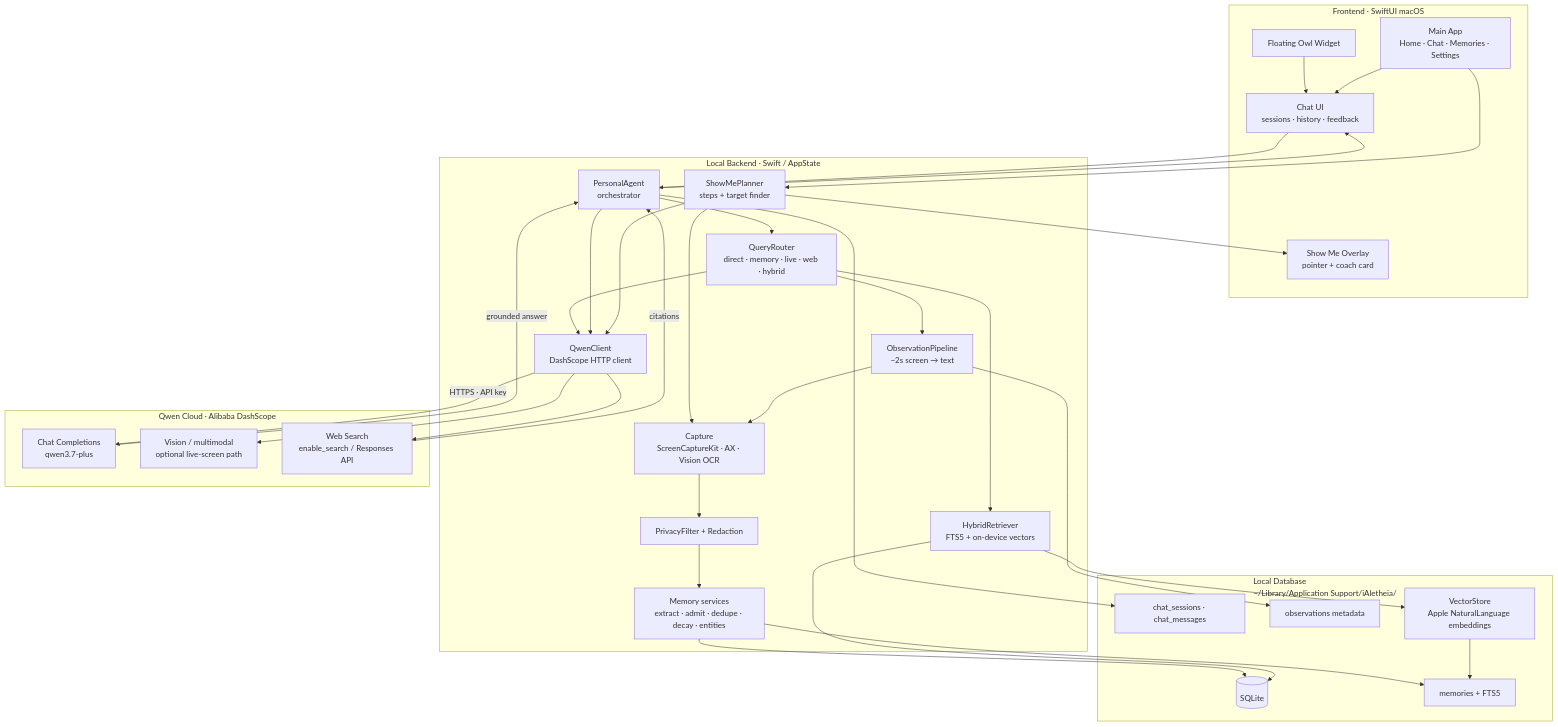
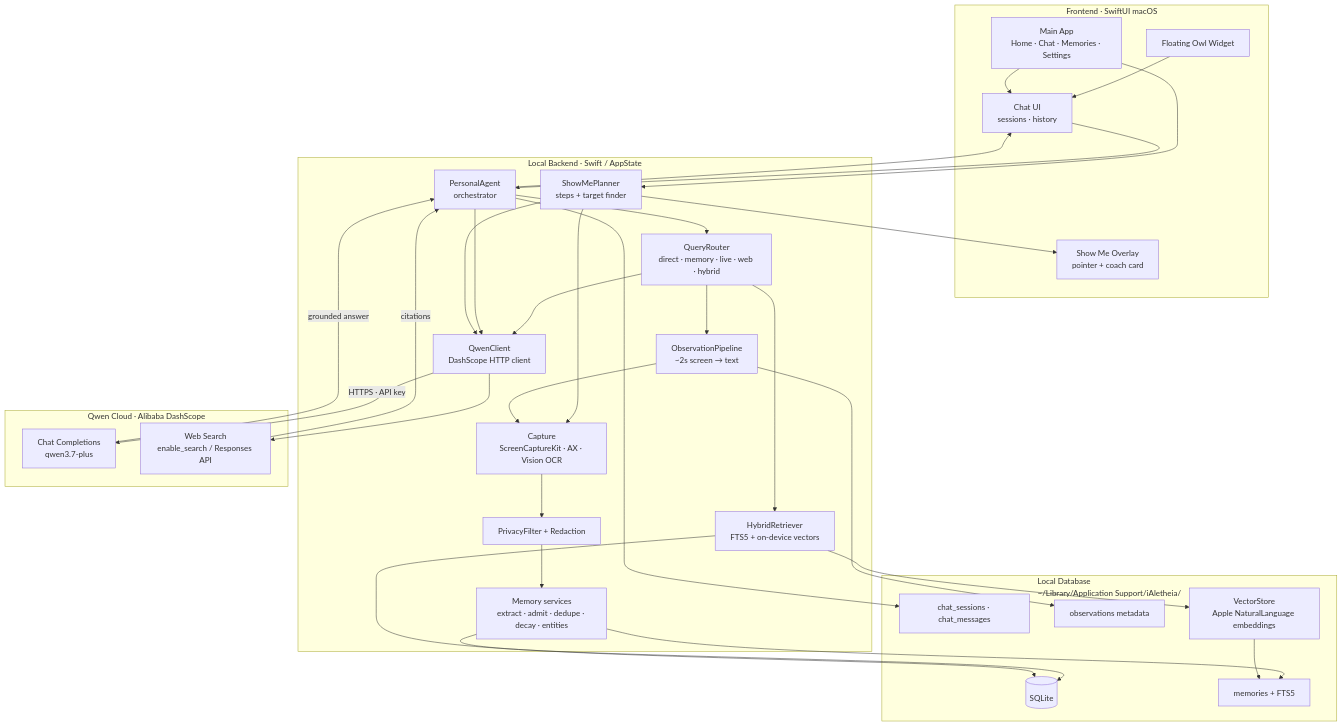
Before and after one commit to vnmrsharma/iAletheia: the diagram in README.md, drawn with Mermaid. The commit also changed other lines of this file and 2 other files, not shown here.

Commit message:
Fixed issue with on-screen pointing and added readme data for features

````diff
--- a/README.md
+++ b/README.md
@@ -50,68 +119,66 @@
 ```mermaid
 flowchart TB
     subgraph Frontend["Frontend · SwiftUI macOS"]
         Owl["Floating Owl Widget"]
         Main["Main App<br/>Home · Chat · Memories · Settings"]
         ShowMeUI["Show Me Overlay<br/>pointer + coach card"]
-        ChatUI["Chat UI<br/>sessions · history · feedback"]
+        ChatUI["Chat UI<br/>sessions · history"]
     end
 
     subgraph Backend["Local Backend · Swift / AppState"]
         Agent["PersonalAgent<br/>orchestrator"]
         Router["QueryRouter<br/>direct · memory · live · web · hybrid"]
         Observe["ObservationPipeline<br/>~2s screen → text"]
         Capture["Capture<br/>ScreenCaptureKit · AX · Vision OCR"]
         Privacy["PrivacyFilter + Redaction"]
         MemorySvc["Memory services<br/>extract · admit · dedupe · decay · entities"]
         Retrieve["HybridRetriever<br/>FTS5 + on-device vectors"]
         ShowMe["ShowMePlanner<br/>steps + target finder"]
         QwenClient["QwenClient<br/>DashScope HTTP client"]
     end
 
     subgraph Database["Local Database<br/>~/Library/Application Support/iAletheia/"]
         SQLite[("SQLite")]
         Mem["memories + FTS5"]
         ChatDB["chat_sessions · chat_messages"]
         Obs["observations metadata"]
         Vec["VectorStore<br/>Apple NaturalLanguage embeddings"]
     end
 
     subgraph QwenCloud["Qwen Cloud · Alibaba DashScope"]
         ChatAPI["Chat Completions<br/>qwen3.7-plus"]
-        VL["Vision / multimodal<br/>optional live-screen path"]
         Search["Web Search<br/>enable_search / Responses API"]
     end
 
     Owl --> ChatUI
     Main --> ChatUI
     ChatUI --> Agent
     Main --> ShowMe
     ShowMe --> ShowMeUI
 
     Agent --> Router
     Router --> Retrieve
     Router --> Observe
     Router --> QwenClient
     Agent --> QwenClient
     ShowMe --> QwenClient
     ShowMe --> Capture
 
     Observe --> Capture
     Capture --> Privacy
     Privacy --> MemorySvc
     MemorySvc --> SQLite
     Retrieve --> SQLite
     Retrieve --> Vec
     Agent --> ChatDB
     MemorySvc --> Mem
     Observe --> Obs
     Vec --> Mem
 
     QwenClient -->|"HTTPS · API key"| ChatAPI
-    QwenClient --> VL
     QwenClient --> Search
 
     ChatAPI -->|"grounded answer"| Agent
     Search -->|"citations"| Agent
     Agent --> ChatUI
 ```
````
